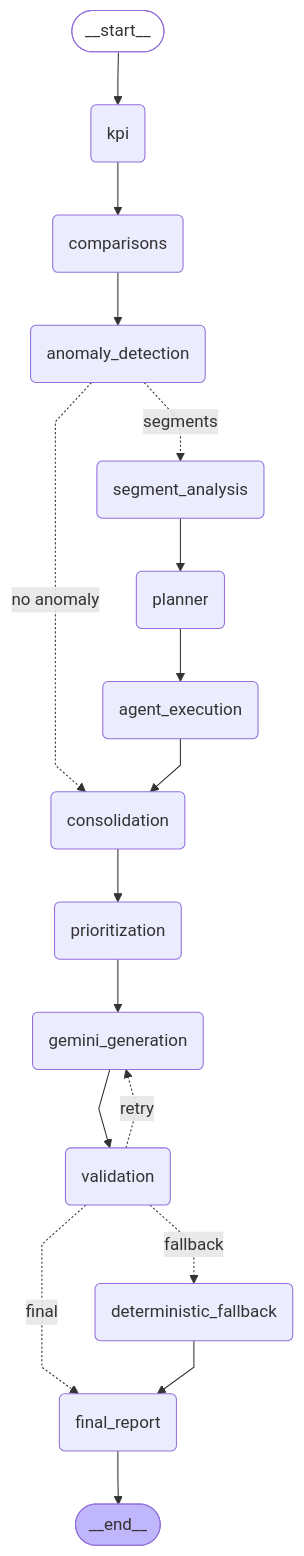
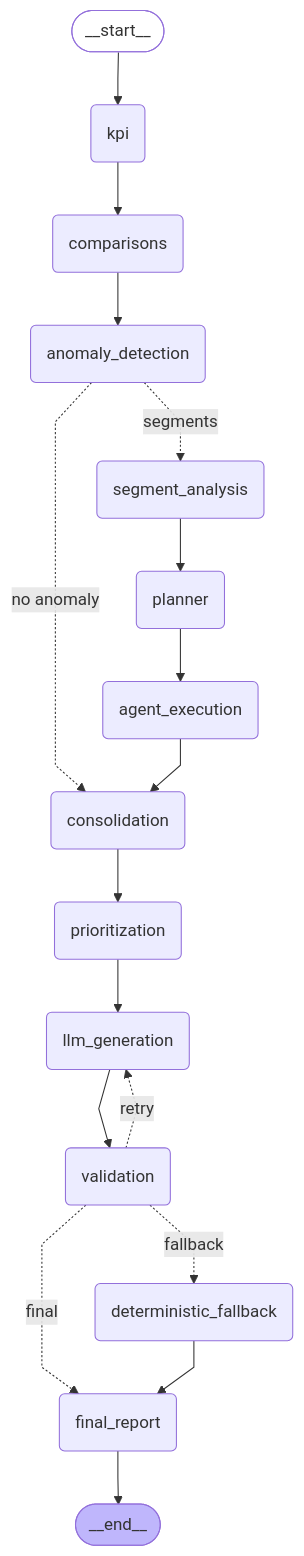
One commit to mariembouchaddakh/ShopInsight changed the diagram in docs/om5_graph.mmd. Above: the diagram before and after it, drawn with Mermaid. The commit also changed 22 other files, not shown here.

```diff
--- a/docs/om5_graph.mmd
+++ b/docs/om5_graph.mmd
@@ -1,38 +1,38 @@
 ---
 config:
   flowchart:
     curve: linear
 ---
 graph TD;
   __start__([__start__]):::first
   kpi(kpi)
   comparisons(comparisons)
   anomaly_detection(anomaly_detection)
   segment_analysis(segment_analysis)
   planner(planner)
   agent_execution(agent_execution)
   consolidation(consolidation)
   prioritization(prioritization)
-  gemini_generation(gemini_generation)
+  llm_generation(llm_generation)
   validation(validation)
   deterministic_fallback(deterministic_fallback)
   final_report(final_report)
   __end__([__end__]):::last
   __start__ --> kpi;
   kpi --> comparisons;
   comparisons --> anomaly_detection;
   anomaly_detection -. no anomaly .-> consolidation;
   anomaly_detection -. segments .-> segment_analysis;
   segment_analysis --> planner;
   planner --> agent_execution;
   agent_execution --> consolidation;
   consolidation --> prioritization;
-  prioritization --> gemini_generation;
-  gemini_generation --> validation;
+  prioritization --> llm_generation;
+  llm_generation --> validation;
   validation -. final .-> final_report;
-  validation -. retry .-> gemini_generation;
+  validation -. retry .-> llm_generation;
   validation -. fallback .-> deterministic_fallback;
   deterministic_fallback --> final_report;
   final_report --> __end__;
   classDef first fill-opacity:0
   classDef last fill:#bfb6fc
```
